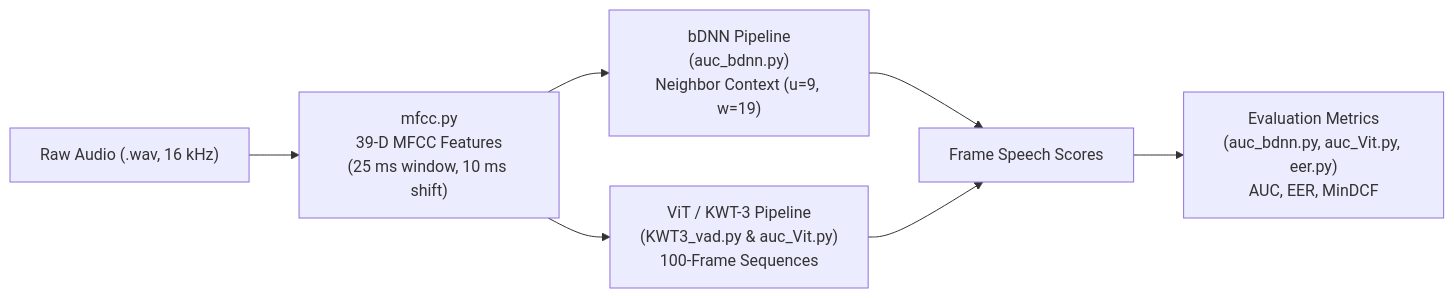
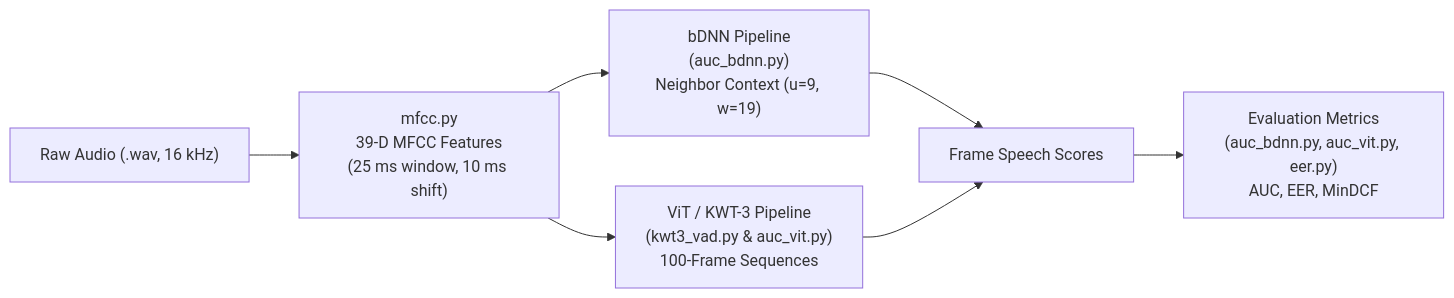
Before and after one commit to antonioMoreira/LibriVAD: the diagram in docs/vad_models_and_evaluation.md, drawn with Mermaid. The commit also changed other lines of this file and 29 other files, not shown here.

````diff
--- a/docs/vad_models_and_evaluation.md
+++ b/docs/vad_models_and_evaluation.md
@@ -11,9 +11,9 @@
 ```mermaid
 flowchart LR
     A["Raw Audio (.wav, 16 kHz)"] --> B["mfcc.py<br/>39-D MFCC Features<br/>(25 ms window, 10 ms shift)"]
     B --> C["bDNN Pipeline<br/>(auc_bdnn.py)<br/>Neighbor Context (u=9, w=19)"]
-    B --> D["ViT / KWT-3 Pipeline<br/>(KWT3_vad.py & auc_Vit.py)<br/>100-Frame Sequences"]
+    B --> D["ViT / KWT-3 Pipeline<br/>(kwt3_vad.py & auc_vit.py)<br/>100-Frame Sequences"]
     C --> E["Frame Speech Scores"]
     D --> E
-    E --> F["Evaluation Metrics<br/>(auc_bdnn.py, auc_Vit.py, eer.py)<br/>AUC, EER, MinDCF"]
+    E --> F["Evaluation Metrics<br/>(auc_bdnn.py, auc_vit.py, eer.py)<br/>AUC, EER, MinDCF"]
 ```
````
